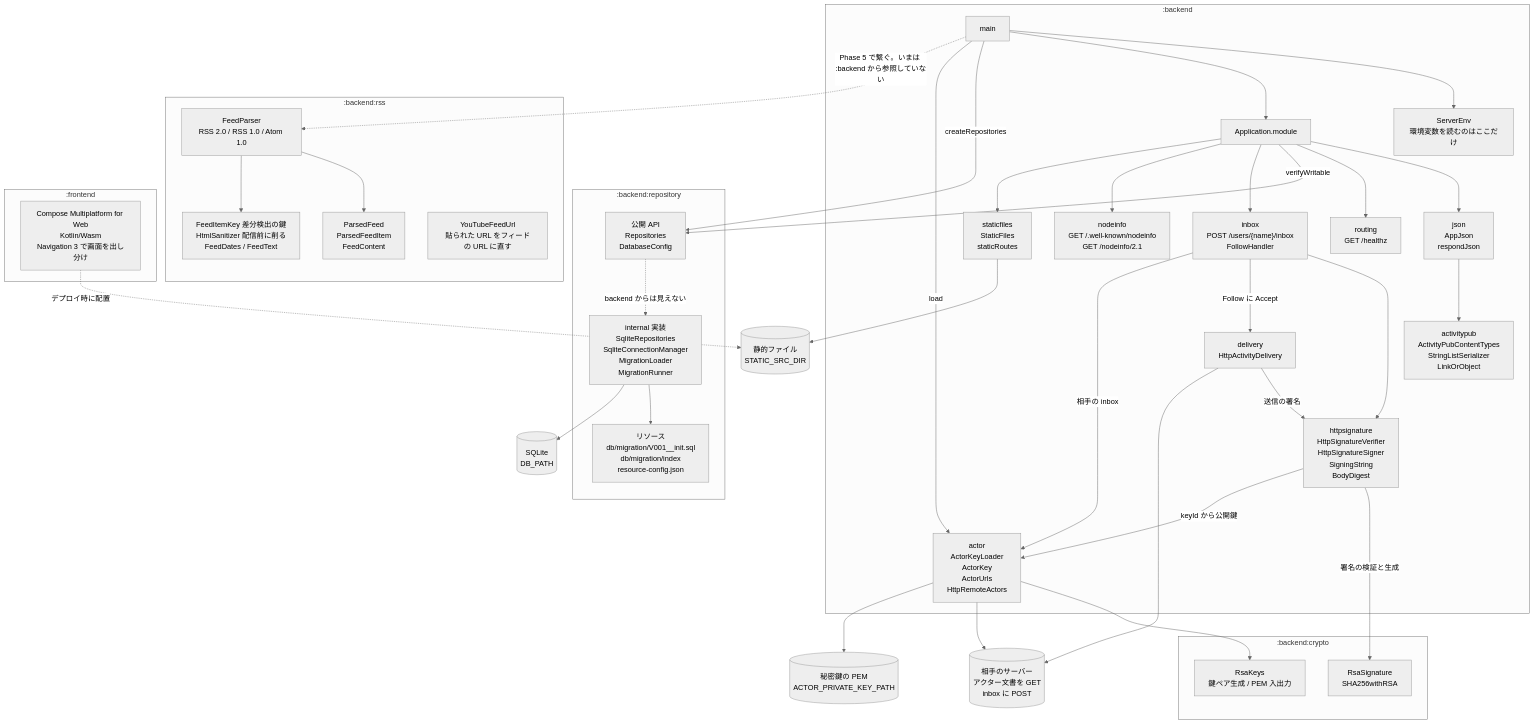
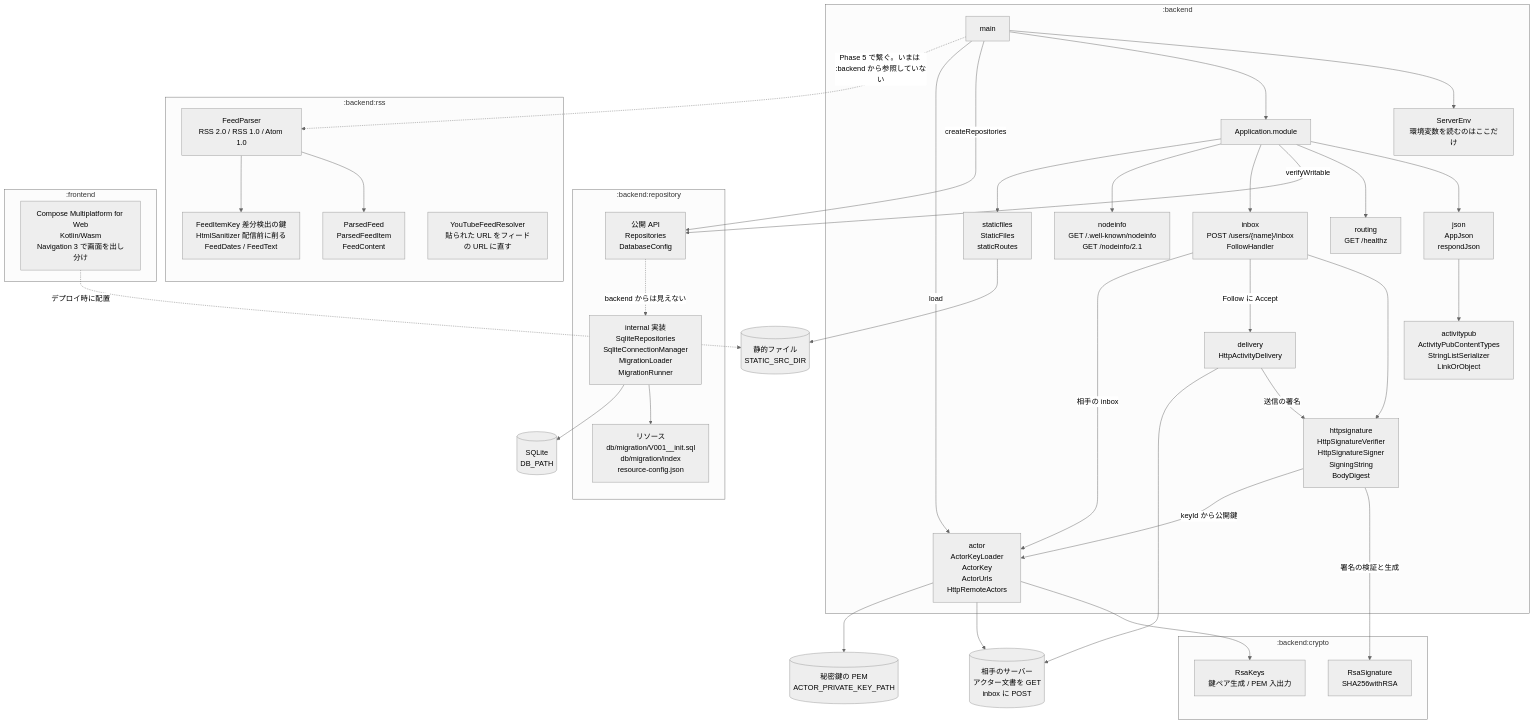
One commit to matsudamper/mastodon-rss changed the diagram in README.md. Above: the diagram before and after it, drawn with Mermaid (neutral theme). The commit also changed 3 other files, not shown here.

First line of the commit message:
YouTubeFeedUrl を YouTubeFeedResolver に改名する

````diff
--- a/README.md
+++ b/README.md
@@ -14,74 +14,74 @@
 ```mermaid
 flowchart TB
     subgraph backend[":backend"]
         main["main"]
         env["ServerEnv<br/>環境変数を読むのはここだけ"]
         module["Application.module"]
         route["routing<br/>GET /healthz"]
         json["json<br/>AppJson<br/>respondJson"]
         ap["activitypub<br/>ActivityPubContentTypes<br/>StringListSerializer<br/>LinkOrObject"]
         actor["actor<br/>ActorKeyLoader<br/>ActorKey<br/>ActorUrls<br/>HttpRemoteActors"]
         inbox["inbox<br/>POST /users/{name}/inbox<br/>FollowHandler"]
         nodeinfo["nodeinfo<br/>GET /.well-known/nodeinfo<br/>GET /nodeinfo/2.1"]
         sig["httpsignature<br/>HttpSignatureVerifier<br/>HttpSignatureSigner<br/>SigningString<br/>BodyDigest"]
         delivery["delivery<br/>HttpActivityDelivery"]
         static["staticfiles<br/>StaticFiles<br/>staticRoutes"]
     end
 
     subgraph crypto[":backend:crypto"]
         keys["RsaKeys<br/>鍵ペア生成 / PEM 入出力"]
         sign["RsaSignature<br/>SHA256withRSA"]
     end
 
     subgraph repository[":backend:repository"]
         api["公開 API<br/>Repositories<br/>DatabaseConfig"]
         impl["internal 実装<br/>SqliteRepositories<br/>SqliteConnectionManager<br/>MigrationLoader<br/>MigrationRunner"]
         res["リソース<br/>db/migration/V001__init.sql<br/>db/migration/index<br/>resource-config.json"]
     end
 
     subgraph rss[":backend:rss"]
         parser["FeedParser<br/>RSS 2.0 / RSS 1.0 / Atom 1.0"]
         feedmodel["ParsedFeed<br/>ParsedFeedItem<br/>FeedContent"]
         feedutil["FeedItemKey 差分検出の鍵<br/>HtmlSanitizer 配信前に削る<br/>FeedDates / FeedText"]
-        youtube["YouTubeFeedUrl<br/>貼られた URL をフィードの URL に直す"]
+        youtube["YouTubeFeedResolver<br/>貼られた URL をフィードの URL に直す"]
     end
 
     subgraph frontend[":frontend"]
         compose["Compose Multiplatform for Web<br/>Kotlin/Wasm<br/>Navigation 3 で画面を出し分け"]
     end
 
     db[("SQLite<br/>DB_PATH")]
 
     main --> env
     main --> module
     module --> json
     module --> route
     json --> ap
     main -->|createRepositories| api
     main -->|load| actor
     module -->|verifyWritable| api
     api -.->|backend からは見えない| impl
     impl --> res
     impl --> db
     actor --> keys
     module --> inbox
     module --> nodeinfo
     inbox --> sig
     inbox -->|Follow に Accept| delivery
     delivery -->|送信の署名| sig
     sig -->|署名の検証と生成| sign
     sig -->|keyId から公開鍵| actor
     inbox -->|相手の inbox| actor
     remote[("相手のサーバー<br/>アクター文書を GET<br/>inbox に POST")]
     actor --> remote
     delivery --> remote
     key[("秘密鍵の PEM<br/>ACTOR_PRIVATE_KEY_PATH")]
     actor --> key
     dist[("静的ファイル<br/>STATIC_SRC_DIR")]
     module --> static
     static --> dist
     compose -.->|デプロイ時に配置| dist
     parser --> feedmodel
     parser --> feedutil
     main -.->|Phase 5 で繋ぐ。いまは :backend から参照していない| parser
 ```
````
